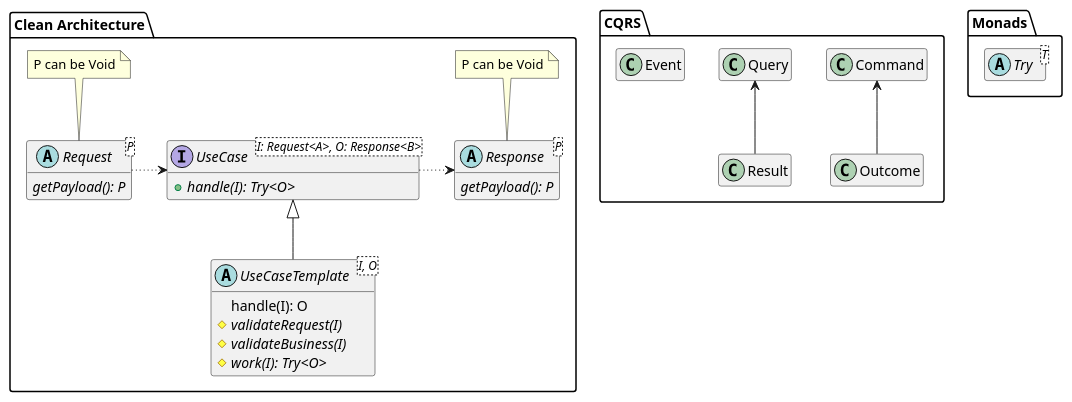
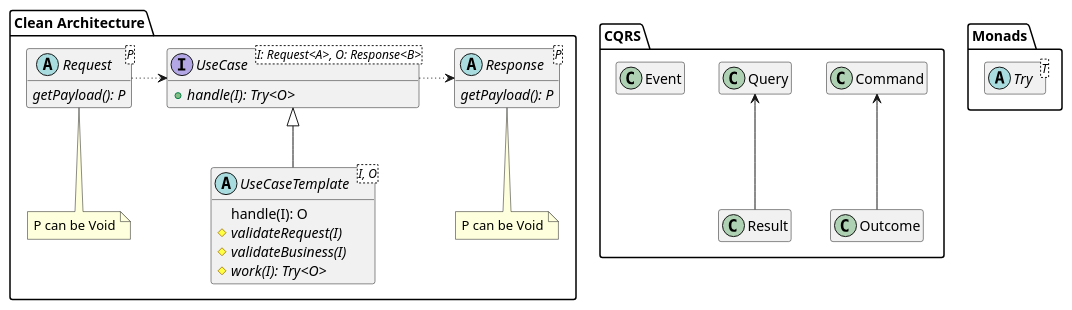
Before and after one commit to lucaster/clean-architecture: the diagram in doc/clean_arch.plantuml, drawn with PlantUML.

Commit message:
note on void

```diff
--- a/doc/clean_arch.plantuml
+++ b/doc/clean_arch.plantuml
@@ -1,40 +1,40 @@
 @startuml clean_arch
 hide empty members
 
 package CQRS {
   class Command
   class Query
   class Event
   Command <-- Outcome
   Query <-- Result
 }
 
 package "Clean Architecture" {
   abstract class Request<P> {
     {abstract} getPayload(): P
   }
   abstract class Response<P> {
     {abstract} getPayload(): P
   }
-  note top of Request : P can be Void
-  note top of Response : P can be Void
+  note bottom of Request : P can be Void
+  note bottom of Response : P can be Void
   interface UseCase<I: Request<A>, O: Response<B>> {
     {abstract} +handle(I): Try<O>
   }
   abstract class UseCaseTemplate<I, O> {
     handle(I): O
     {abstract} #validateRequest(I)
     {abstract} #validateBusiness(I)
     {abstract} #work(I): Try<O>
   }
   ' note bottom of UseCaseTemplate : handle() uses Try pattern
   UseCase <|-- UseCaseTemplate
 
   Request .[dotted]right.> UseCase
   UseCase .[dotted]right.> Response
 }
 package Monads {
   abstract class Try<T>
 }
 
 @enduml
```
